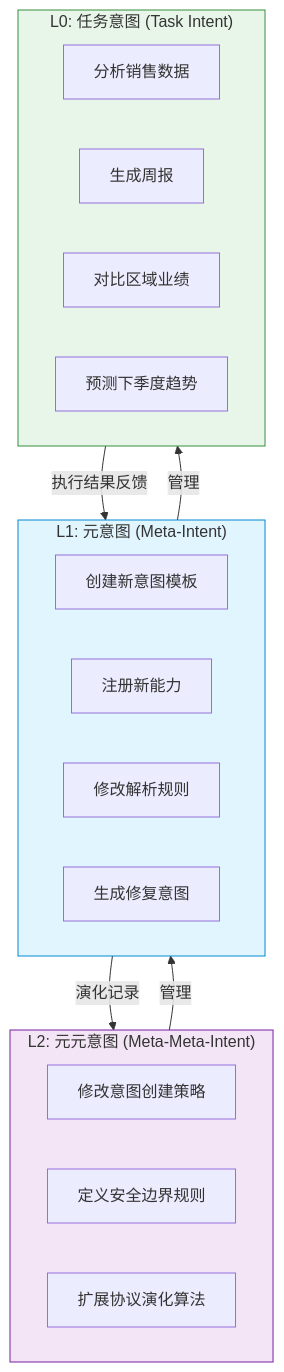
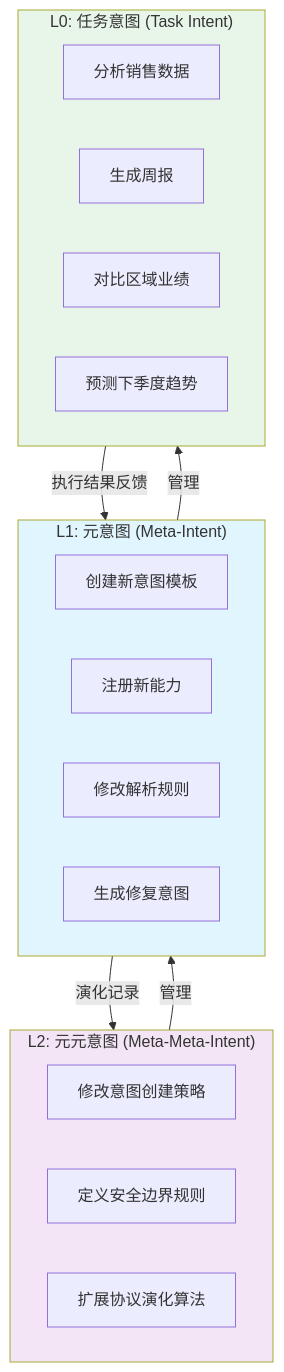
One commit to jeffery9/intentOS changed the sixth of 16 diagrams in papers/Architecture_Diagrams.md. Above: the diagram before and after it, drawn with Mermaid. The commit also changed other lines of this file, not shown here.

First line of the commit message:
docs: 修复 Mermaid 图表语法错误

````diff
--- a/papers/Architecture_Diagrams.md
+++ b/papers/Architecture_Diagrams.md
@@ -192,31 +192,31 @@
 ```mermaid
 flowchart TB
     subgraph L2["L2: 元元意图 (Meta-Meta-Intent)"]
         MM1["修改意图创建策略"]
         MM2["定义安全边界规则"]
         MM3["扩展协议演化算法"]
     end
     
     subgraph L1["L1: 元意图 (Meta-Intent)"]
         M1["创建新意图模板"]
         M2["注册新能力"]
         M3["修改解析规则"]
         M4["生成修复意图"]
     end
     
     subgraph L0["L0: 任务意图 (Task Intent)"]
         T1["分析销售数据"]
         T2["生成周报"]
         T3["对比区域业绩"]
         T4["预测下季度趋势"]
     end
     
     L2 -->|管理 | L1
     L1 -->|管理 | L0
     L0 -->|执行结果反馈 | L1
     L1 -->|演化记录 | L2
-    
-    style L2 fill:#f3e5f5,stroke:#7b1fa2
-    style L1 fill:#e1f5fe,stroke:#0288d1
-    style L0 fill:#e8f5e9,stroke:#388e3c
+
+    style L2 fill:#f3e5f5
+    style L1 fill:#e1f5fe
+    style L0 fill:#e8f5e9
 ```
````
